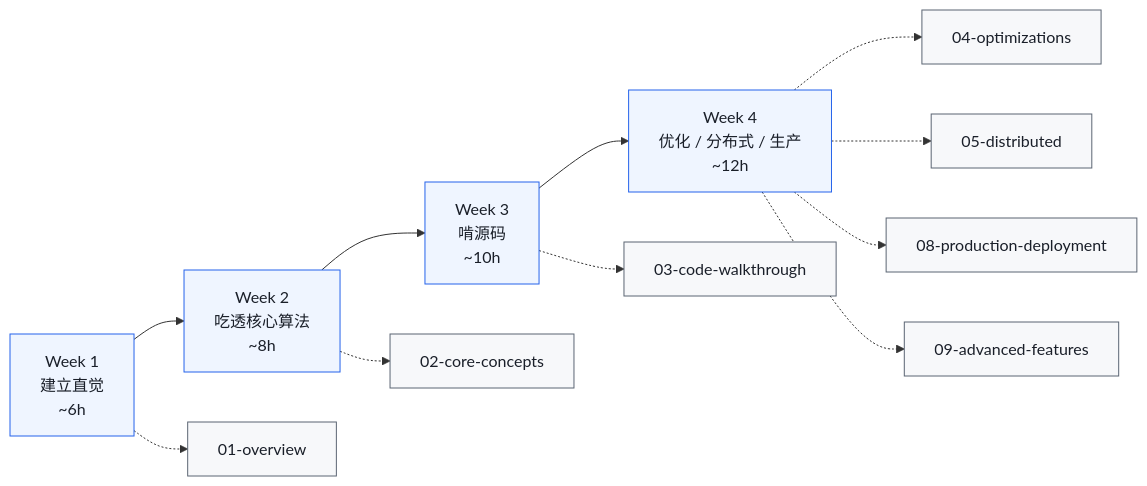
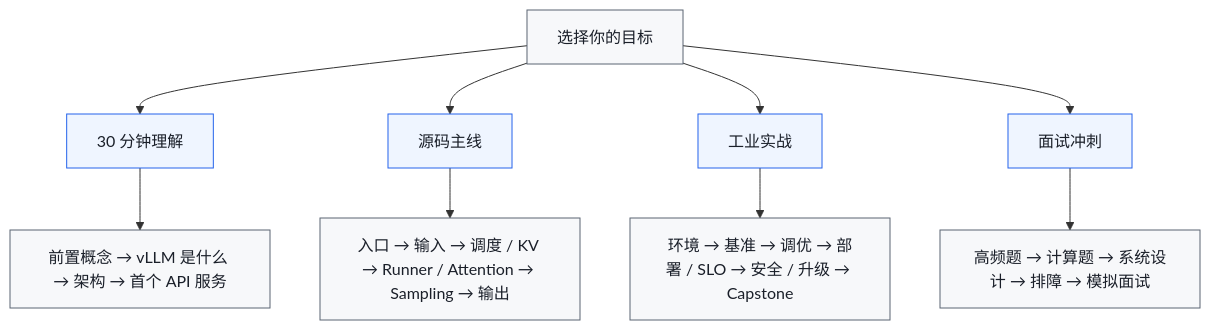
The diagram in README.md (jwzheng96/vllm-learning-book), drawn with Mermaid before and after one commit. The commit also changed other lines of this file and 5 other files, not shown here.

````diff
--- a/README.md
+++ b/README.md
@@ -72,19 +74,17 @@
 ```mermaid
-flowchart LR
-    A[Week 1<br/>建立直觉<br/>~6h] --> B[Week 2<br/>吃透核心算法<br/>~8h]
-    B --> C[Week 3<br/>啃源码<br/>~10h]
-    C --> D[Week 4<br/>优化 / 分布式 / 生产<br/>~12h]
+flowchart TB
+    Start[选择你的目标] --> Q[30 分钟理解]
+    Start --> S[源码主线]
+    Start --> P[工业实战]
+    Start --> I[面试冲刺]
 
-    A -.-> A1[01-overview]
-    B -.-> B1[02-core-concepts]
-    C -.-> C1[03-code-walkthrough]
-    D -.-> D1[04-optimizations]
-    D -.-> D2[05-distributed]
-    D -.-> D3[08-production-deployment]
-    D -.-> D4[09-advanced-features]
+    Q --> Q1[前置概念 → vLLM 是什么 → 架构 → 首个 API 服务]
+    S --> S1[入口 → 输入 → 调度 / KV → Runner / Attention → Sampling → 输出]
+    P --> P1[环境 → 基准 → 调优 → 部署 / SLO → 安全 / 升级 → Capstone]
+    I --> I1[高频题 → 计算题 → 系统设计 → 排障 → 模拟面试]
 
     classDef phase fill:#eff5ff,stroke:#2563eb,color:#1a1f29;
     classDef topic fill:#f7f8fa,stroke:#5b6573,color:#1a1f29;
-    class A,B,C,D phase;
-    class A1,B1,C1,D1,D2,D3,D4 topic;
+    class Q,S,P,I phase;
+    class Start,Q1,S1,P1,I1 topic;
 ```
````
